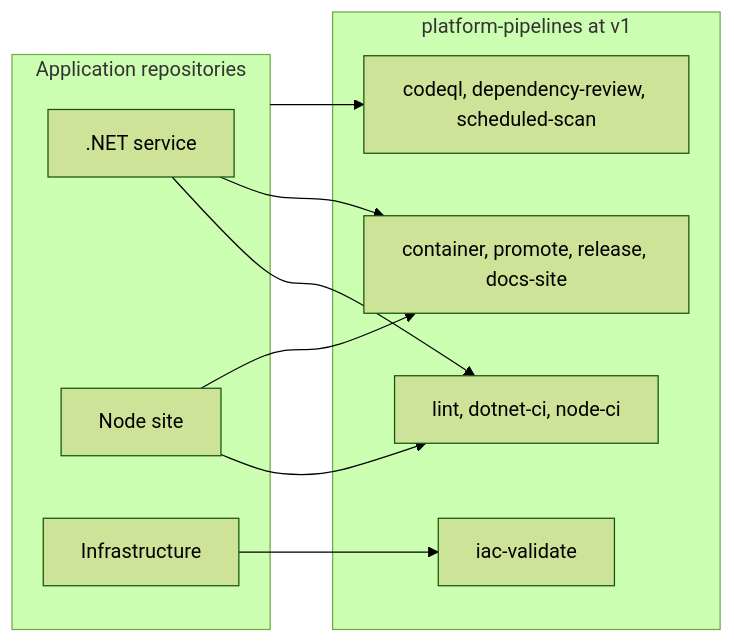
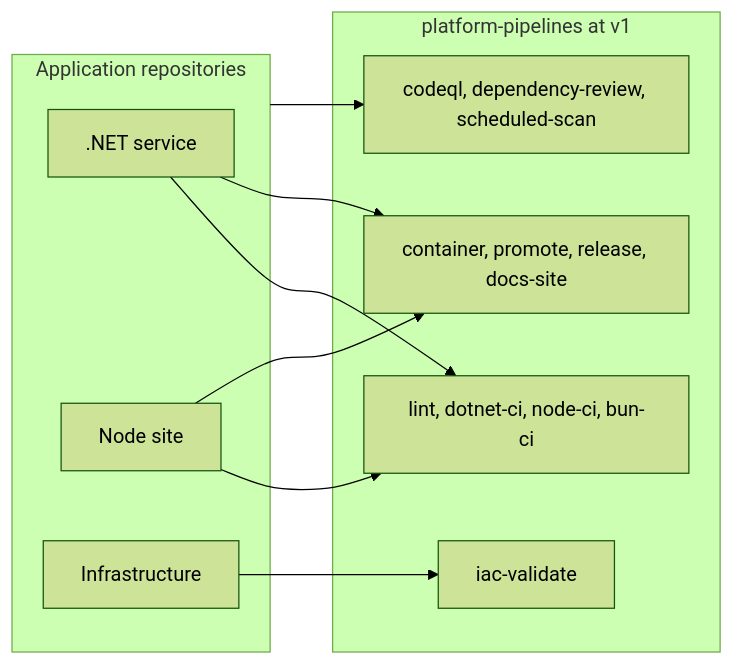
Before and after one commit to Megjafari/platform-pipelines: the first of 3 diagrams in docs/architecture.md, drawn with Mermaid (forest theme). The commit also changed 10 other files, not shown here.

````diff
--- a/docs/architecture.md
+++ b/docs/architecture.md
@@ -9,22 +9,22 @@
 ```mermaid
 flowchart LR
     subgraph consumers [Application repositories]
         app1[.NET service]
         app2[Node site]
         app3[Infrastructure]
     end
 
     subgraph library [platform-pipelines at v1]
-        quality[lint, dotnet-ci, node-ci]
+        quality[lint, dotnet-ci, node-ci, bun-ci]
         security[codeql, dependency-review, scheduled-scan]
         iac[iac-validate]
         delivery[container, promote, release, docs-site]
     end
 
     app1 --> quality
     app1 --> delivery
     app2 --> quality
     app2 --> delivery
     app3 --> iac
     consumers --> security
 ```
````
